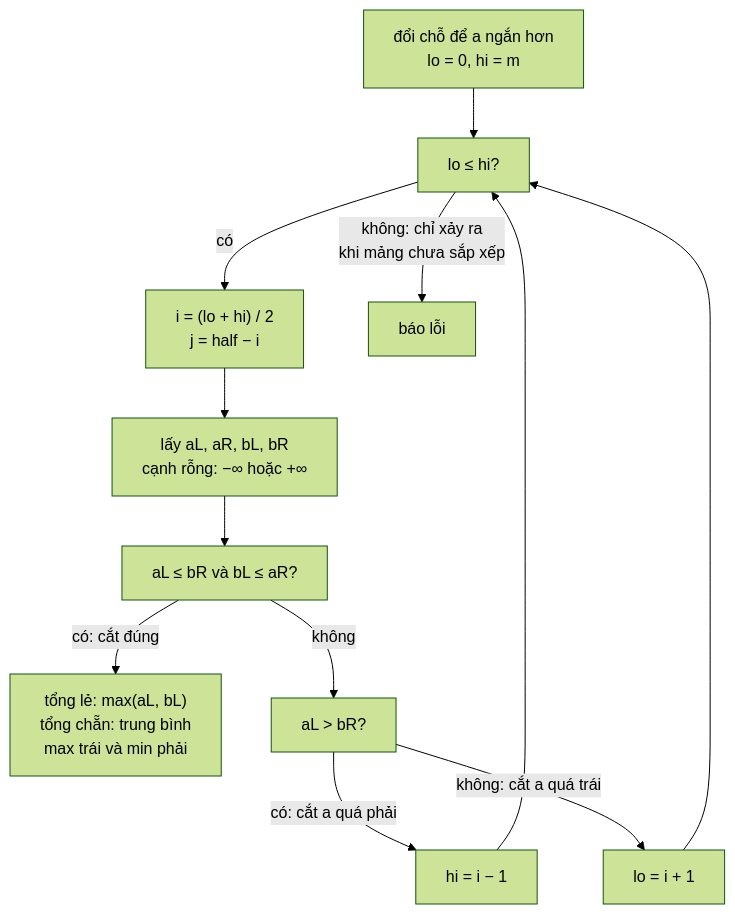
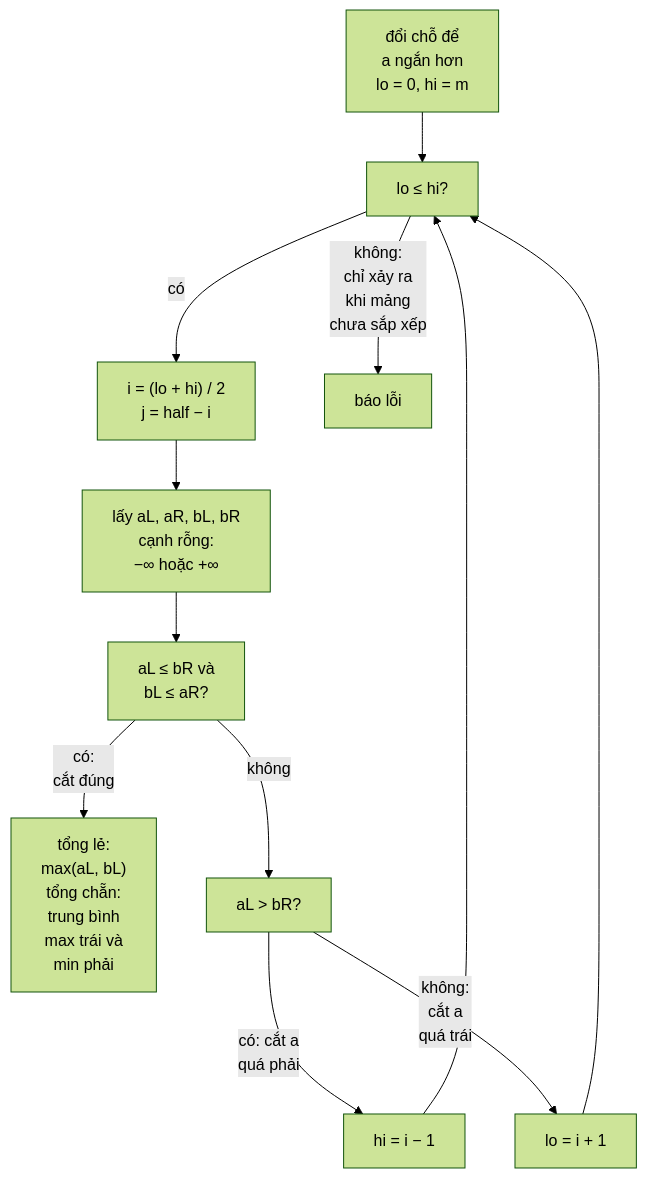
Before and after one commit to duongbui234/software-engineering-atlas: the diagram in content/problems/median-of-two-sorted-arrays.md, drawn with Mermaid (forest theme). The commit also changed 134 other files, not shown here.

First line of the commit message:
Fit every Mermaid diagram at 390px without sideways scroll (#56)

````diff
--- a/content/problems/median-of-two-sorted-arrays.md
+++ b/content/problems/median-of-two-sorted-arrays.md
@@ -49,14 +49,14 @@
 ```mermaid
 flowchart TB
-  A["đổi chỗ để a ngắn hơn<br/>lo = 0, hi = m"] --> B["lo ≤ hi?"]
+  A["đổi chỗ để<br/>a ngắn hơn<br/>lo = 0, hi = m"] --> B["lo ≤ hi?"]
   B -->|"có"| C["i = (lo + hi) / 2<br/>j = half − i"]
-  C --> D["lấy aL, aR, bL, bR<br/>cạnh rỗng: −∞ hoặc +∞"]
-  D --> E["aL ≤ bR và bL ≤ aR?"]
-  E -->|"có: cắt đúng"| F["tổng lẻ: max(aL, bL)<br/>tổng chẵn: trung bình<br/>max trái và min phải"]
+  C --> D["lấy aL, aR, bL, bR<br/>cạnh rỗng:<br/>−∞ hoặc +∞"]
+  D --> E["aL ≤ bR và<br/>bL ≤ aR?"]
+  E -->|"có:<br/>cắt đúng"| F["tổng lẻ:<br/>max(aL, bL)<br/>tổng chẵn:<br/>trung bình<br/>max trái và<br/>min phải"]
   E -->|"không"| G["aL > bR?"]
-  G -->|"có: cắt a quá phải"| H["hi = i − 1"]
-  G -->|"không: cắt a quá trái"| I["lo = i + 1"]
+  G -->|"có: cắt a<br/>quá phải"| H["hi = i − 1"]
+  G -->|"không:<br/>cắt a<br/>quá trái"| I["lo = i + 1"]
   H --> B
   I --> B
-  B -->|"không: chỉ xảy ra<br/>khi mảng chưa sắp xếp"| X["báo lỗi"]
+  B -->|"không:<br/>chỉ xảy ra<br/>khi mảng<br/>chưa sắp xếp"| X["báo lỗi"]
 ```
````
